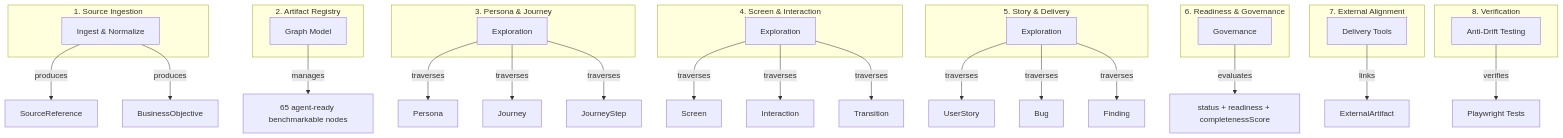
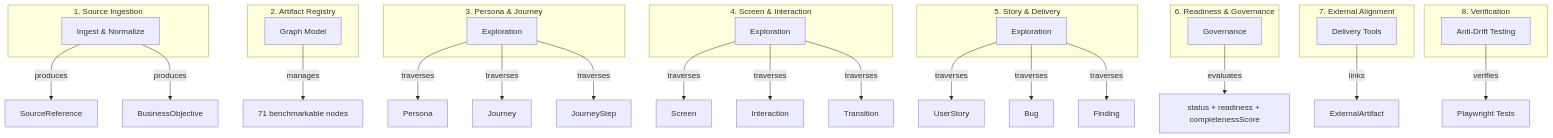
Before and after one commit to ThinkPlus-Consulting/design-hub: the first of 4 diagrams in documentation/feature-capability-map.md, drawn with Mermaid. The commit also changed other lines of this file and 9 other files, not shown here.

````diff
--- a/documentation/feature-capability-map.md
+++ b/documentation/feature-capability-map.md
@@ -166,37 +166,37 @@
 ```mermaid
 graph TD
     subgraph Cap1["1. Source Ingestion"]
         C1[Ingest & Normalize]
     end
     subgraph Cap2["2. Artifact Registry"]
         C2[Graph Model]
     end
     subgraph Cap3["3. Persona & Journey"]
         C3[Exploration]
     end
     subgraph Cap4["4. Screen & Interaction"]
         C4[Exploration]
     end
     subgraph Cap5["5. Story & Delivery"]
         C5[Exploration]
     end
     subgraph Cap6["6. Readiness & Governance"]
         C6[Governance]
     end
     subgraph Cap7["7. External Alignment"]
         C7[Delivery Tools]
     end
     subgraph Cap8["8. Verification"]
         C8[Anti-Drift Testing]
     end
 
     C1 -->|produces| SR[SourceReference]
     C1 -->|produces| BO[BusinessObjective]
-    C2 -->|manages| ALL["65 agent-ready benchmarkable nodes"]
+    C2 -->|manages| ALL["71 benchmarkable nodes"]
     C3 -->|traverses| PE[Persona] & JO[Journey] & JS[JourneyStep]
     C4 -->|traverses| SC[Screen] & IN[Interaction] & TR[Transition]
     C5 -->|traverses| US[UserStory] & BG[Bug] & FI[Finding]
     C6 -->|evaluates| ST["status + readiness + completenessScore"]
     C7 -->|links| EA[ExternalArtifact]
     C8 -->|verifies| PW[Playwright Tests]
 ```
````
